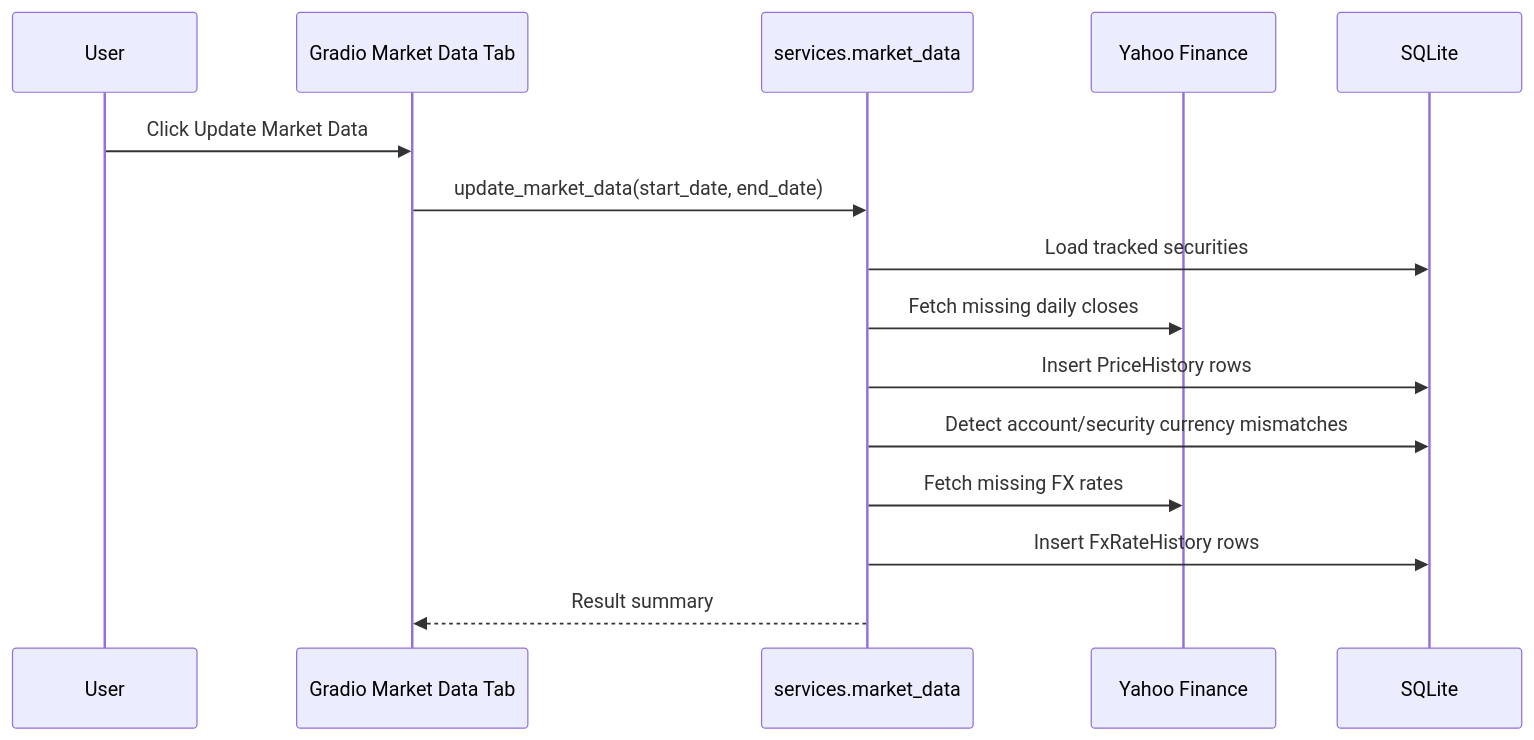
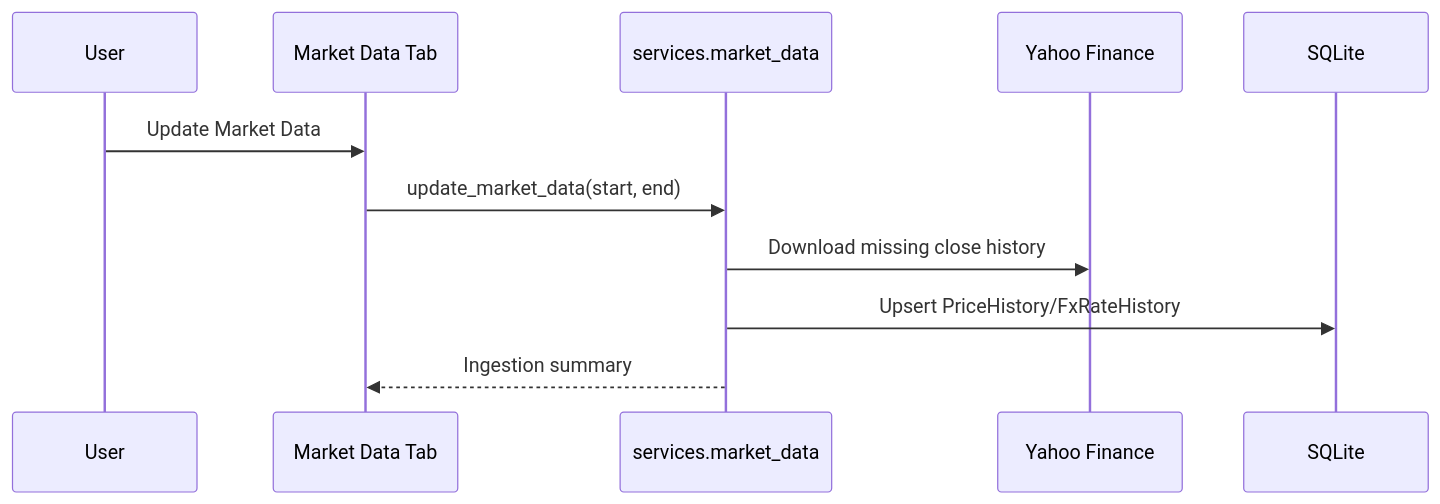
The fourth of 5 diagrams in doc/architecture.md (derruba2000/PortfolioTracker), drawn with Mermaid before and after one commit. The commit also changed other lines of this file and 1 other file, not shown here.

Commit message:
Enhance analytics and dashboard features with improved market value calculations and formatting

````diff
--- a/doc/architecture.md
+++ b/doc/architecture.md
@@ -442,18 +280,14 @@
 ```mermaid
 sequenceDiagram
     participant User
-    participant UI as Gradio Market Data Tab
-    participant Service as services.market_data
+    participant UI as Market Data Tab
+    participant Md as services.market_data
     participant Yahoo as Yahoo Finance
     participant DB as SQLite
 
-    User->>UI: Click Update Market Data
-    UI->>Service: update_market_data(start_date, end_date)
-    Service->>DB: Load tracked securities
-    Service->>Yahoo: Fetch missing daily closes
-    Service->>DB: Insert PriceHistory rows
-    Service->>DB: Detect account/security currency mismatches
-    Service->>Yahoo: Fetch missing FX rates
-    Service->>DB: Insert FxRateHistory rows
-    Service-->>UI: Result summary
+    User->>UI: Update Market Data
+    UI->>Md: update_market_data(start, end)
+    Md->>Yahoo: Download missing close history
+    Md->>DB: Upsert PriceHistory/FxRateHistory
+    Md-->>UI: Ingestion summary
 ```
````
